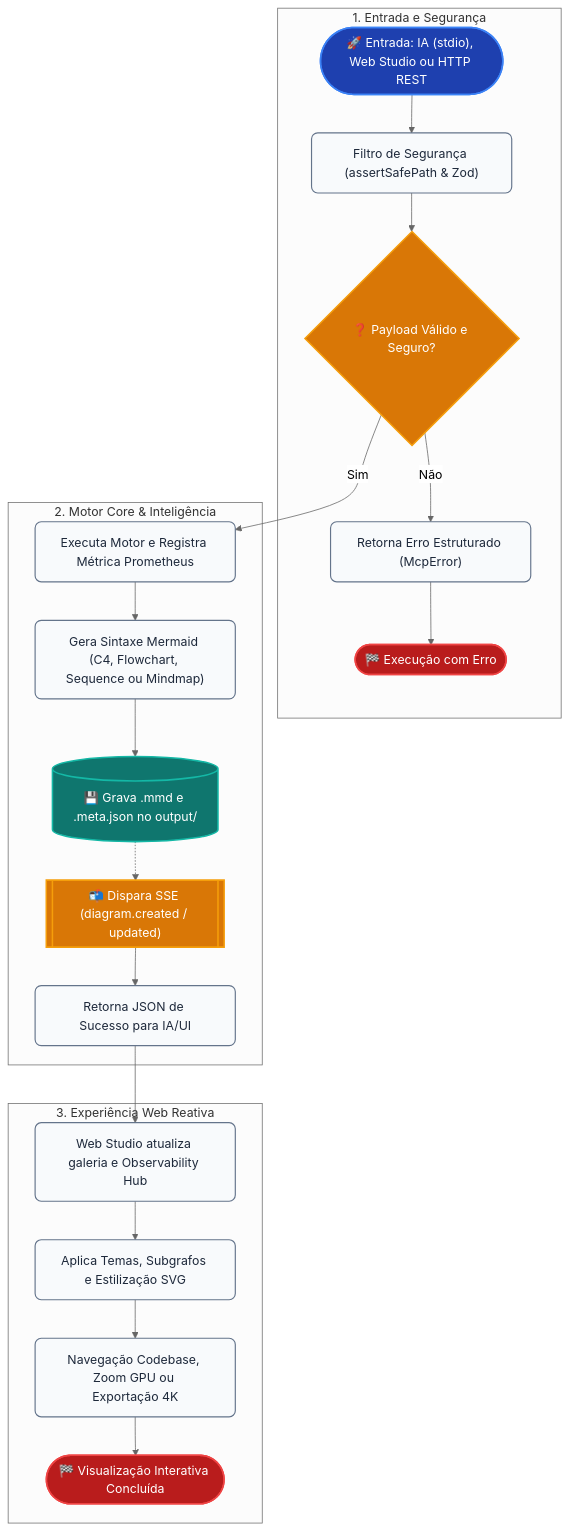
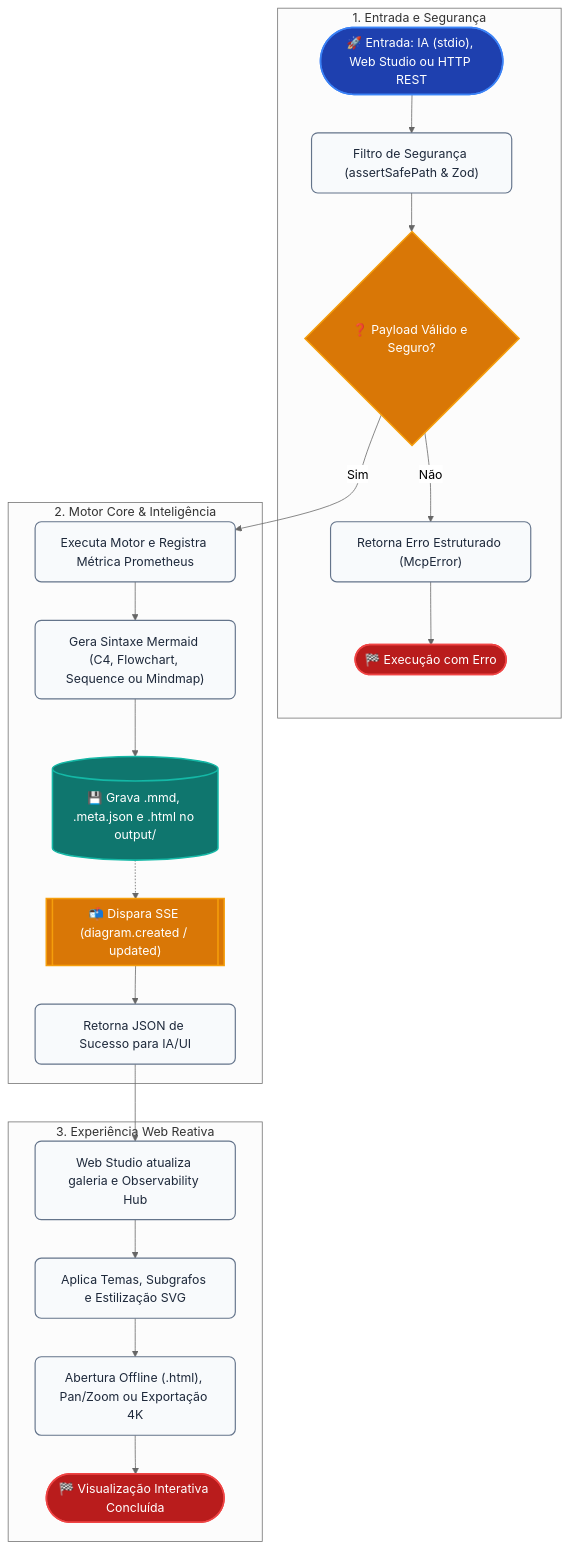
One commit to 70gurupia/archview changed the diagram in output/self-doc-flowchart.mmd. Above: the diagram before and after it, drawn with Mermaid (neutral theme). The commit also changed 44 other files, not shown here.

Commit message:
feat(v5.0): implementar gerador de HTML standalone offline, 11ª tool MCP e dashboards executivos

```diff
--- a/output/self-doc-flowchart.mmd
+++ b/output/self-doc-flowchart.mmd
@@ -1,50 +1,50 @@
 flowchart TB
   subgraph sg_1[" 1. Entrada e Segurança "]
     input_source(["🚀 Entrada: IA (stdio), Web Studio ou HTTP REST"])
     sec_filter["Filtro de Segurança (assertSafePath & Zod)"]
     valid_gate{"❓ Payload Válido e Seguro?"}
     error_block["Retorna Erro Estruturado (McpError)"]
     end_error(["🏁 Execução com Erro"])
   end
 
   subgraph sg_2[" 2. Motor Core & Inteligência "]
     select_engine["Executa Motor e Registra Métrica Prometheus"]
     build_mermaid["Gera Sintaxe Mermaid (C4, Flowchart, Sequence ou Mindmap)"]
-    write_meta[("💾 Grava .mmd e .meta.json no output/")]
+    write_meta[("💾 Grava .mmd, .meta.json e .html no output/")]
     sse_emit[["📬 Dispara SSE (diagram.created / updated)"]]
     resp_client["Retorna JSON de Sucesso para IA/UI"]
   end
 
   subgraph sg_3[" 3. Experiência Web Reativa "]
     fe_catch["Web Studio atualiza galeria e Observability Hub"]
     apply_themes["Aplica Temas, Subgrafos e Estilização SVG"]
-    user_actions["Navegação Codebase, Zoom GPU ou Exportação 4K"]
+    user_actions["Abertura Offline (.html), Pan/Zoom ou Exportação 4K"]
     end_done(["🏁 Visualização Interativa Concluída"])
   end
 
   input_source --> sec_filter
   sec_filter --> valid_gate
   valid_gate -- "Sim" --> select_engine
   valid_gate -- "Não" --> error_block
   error_block --> end_error
   select_engine --> build_mermaid
   build_mermaid --> write_meta
   write_meta -.-> sse_emit
   sse_emit --> resp_client
   resp_client --> fe_catch
   fe_catch --> apply_themes
   apply_themes --> user_actions
   user_actions --> end_done
 
   classDef default fill:#F8FAFC,stroke:#64748B,stroke-width:1.5px,color:#1E293B,rx:8px,ry:8px;
   classDef primary fill:#1E40AF,stroke:#3B82F6,stroke-width:2px,color:#FFFFFF,rx:8px,ry:8px;
   classDef success fill:#0F766E,stroke:#14B8A6,stroke-width:2px,color:#FFFFFF,rx:8px,ry:8px;
   classDef accent fill:#3730A3,stroke:#818CF8,stroke-width:2px,color:#FFFFFF,rx:8px,ry:8px;
   classDef warning fill:#D97706,stroke:#F59E0B,stroke-width:2px,color:#FFFFFF,rx:8px,ry:8px;
   classDef danger fill:#B91C1C,stroke:#EF4444,stroke-width:2px,color:#FFFFFF,rx:8px,ry:8px;
   class input_source primary;
   class valid_gate warning;
   class end_error danger;
   class write_meta success;
   class sse_emit warning;
   class end_done danger;
```
